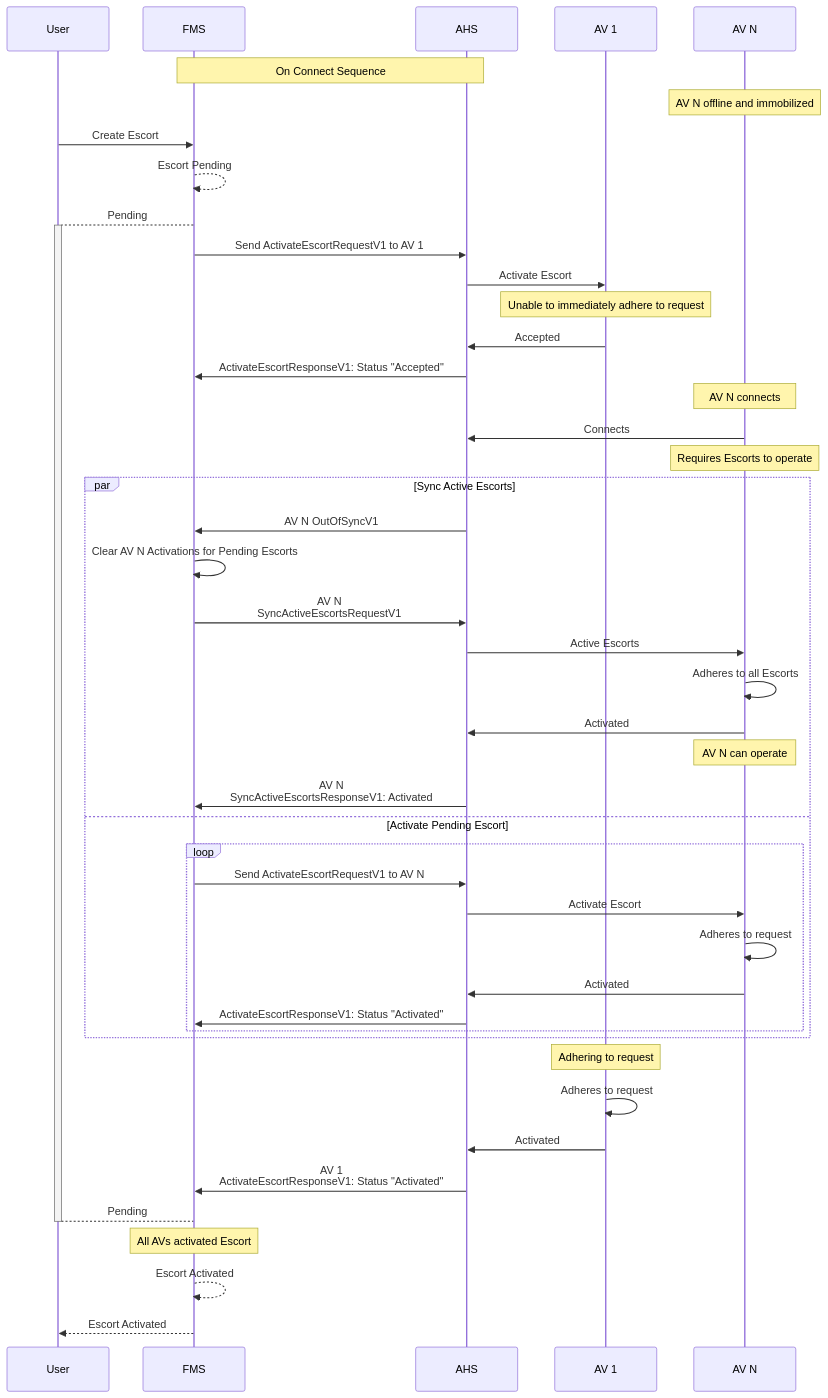
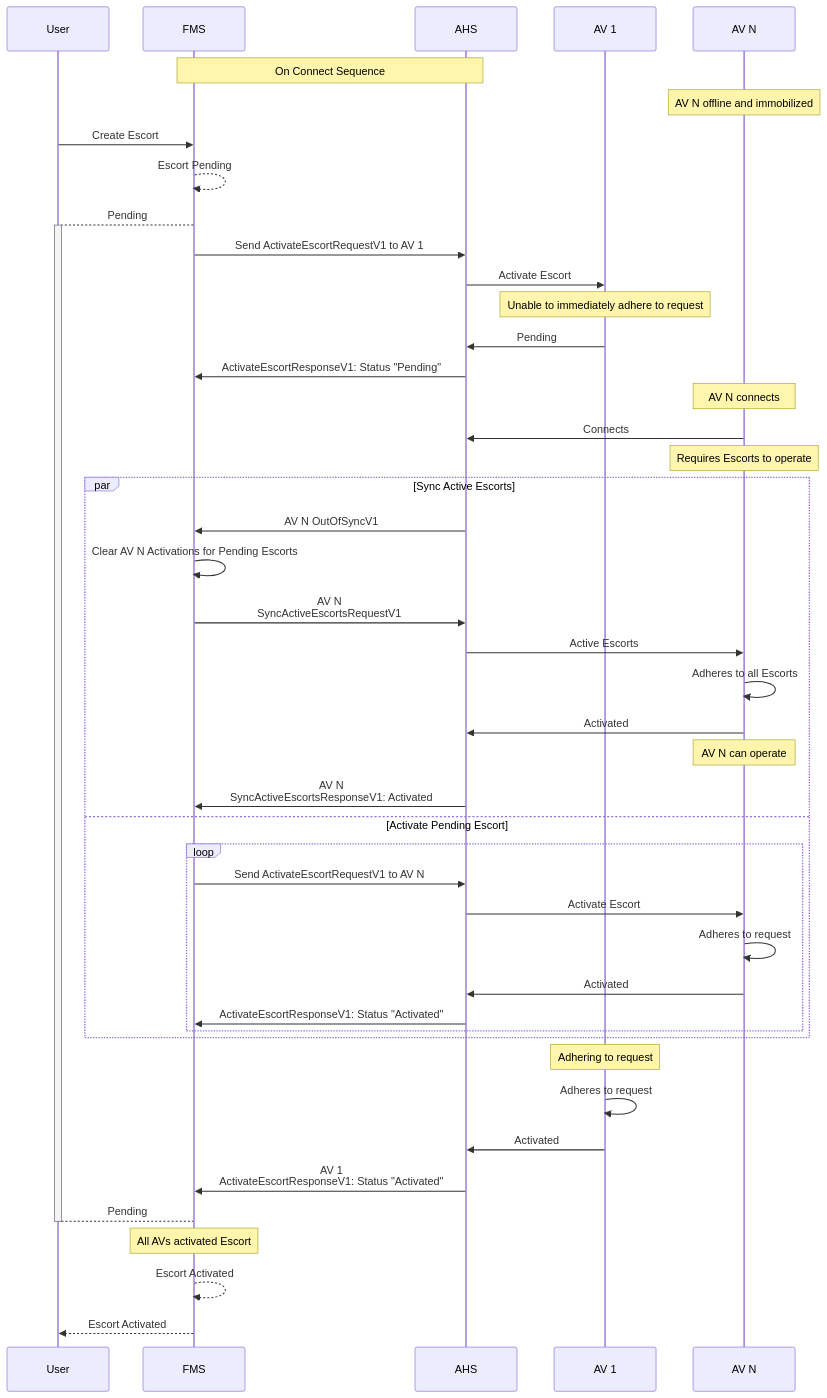
One commit to open-autonomy/escort changed the second of 3 diagrams in diagram/Synchronization.md. Above: the diagram before and after it, drawn with Mermaid. The commit also changed other lines of this file and 8 other files, not shown here.

````diff
--- a/diagram/Synchronization.md
+++ b/diagram/Synchronization.md
@@ -45,61 +45,61 @@
 ```mermaid
 sequenceDiagram
     participant User
     participant FMS
     participant AHS
     participant AV 1
     participant AV N
 
     Note over FMS,AHS: On Connect Sequence
     Note over AV N: AV N offline and immobilized
 
     User->>FMS: Create Escort
     FMS-->>FMS: Escort Pending
     FMS-->+User: Pending
 
     FMS->>AHS: Send ActivateEscortRequestV1 to AV 1
 
     AHS->>AV 1: Activate Escort
     Note over AV 1: Unable to immediately adhere to request
-    AV 1->>AHS: Accepted
-    AHS->>FMS: ActivateEscortResponseV1: Status "Accepted"
+    AV 1->>AHS: Pending
+    AHS->>FMS: ActivateEscortResponseV1: Status "Pending"
 
     Note Over AV N: AV N connects
 
     AV N->>AHS: Connects
     Note Over AV N: Requires Escorts to operate
 
     par Sync Active Escorts
         AHS->>FMS: AV N OutOfSyncV1
         FMS->>FMS: Clear AV N Activations for Pending Escorts
 
         FMS->>AHS: AV N <br/> SyncActiveEscortsRequestV1
         AHS->>AV N: Active Escorts
         AV N->>AV N: Adheres to all Escorts
         AV N->>AHS: Activated
         Note over AV N: AV N can operate
 
         AHS->>FMS: AV N <br/> SyncActiveEscortsResponseV1: Activated
     and Activate Pending Escort
         loop
             FMS->>AHS: Send ActivateEscortRequestV1 to AV N
             AHS->>AV N: Activate Escort
             AV N->>AV N: Adheres to request
             AV N->>AHS: Activated
             AHS->>FMS: ActivateEscortResponseV1: Status "Activated"
         end
     end
 
     Note Over AV 1: Adhering to request
     AV 1->>AV 1: Adheres to request
     AV 1->>AHS: Activated
      AHS->>FMS: AV 1 <br/> ActivateEscortResponseV1: Status "Activated"
 
 
     User-->-FMS: Pending
 
     Note Over FMS: All AVs activated Escort
     FMS-->>FMS: Escort Activated
 
     FMS-->>User: Escort Activated
 ```
````
